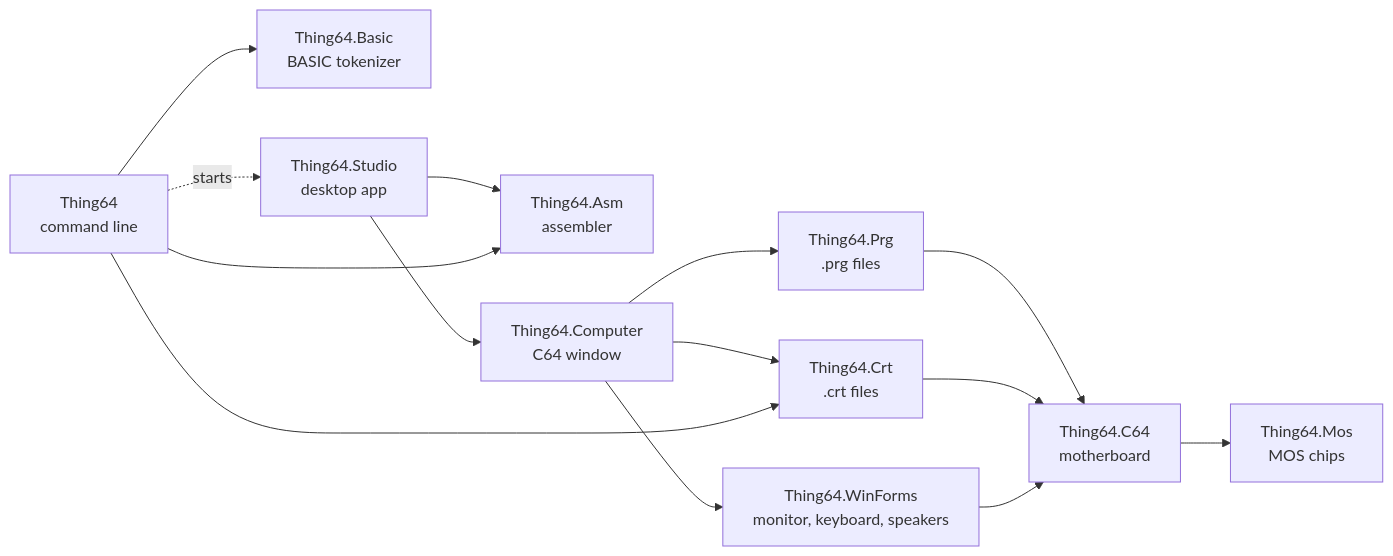
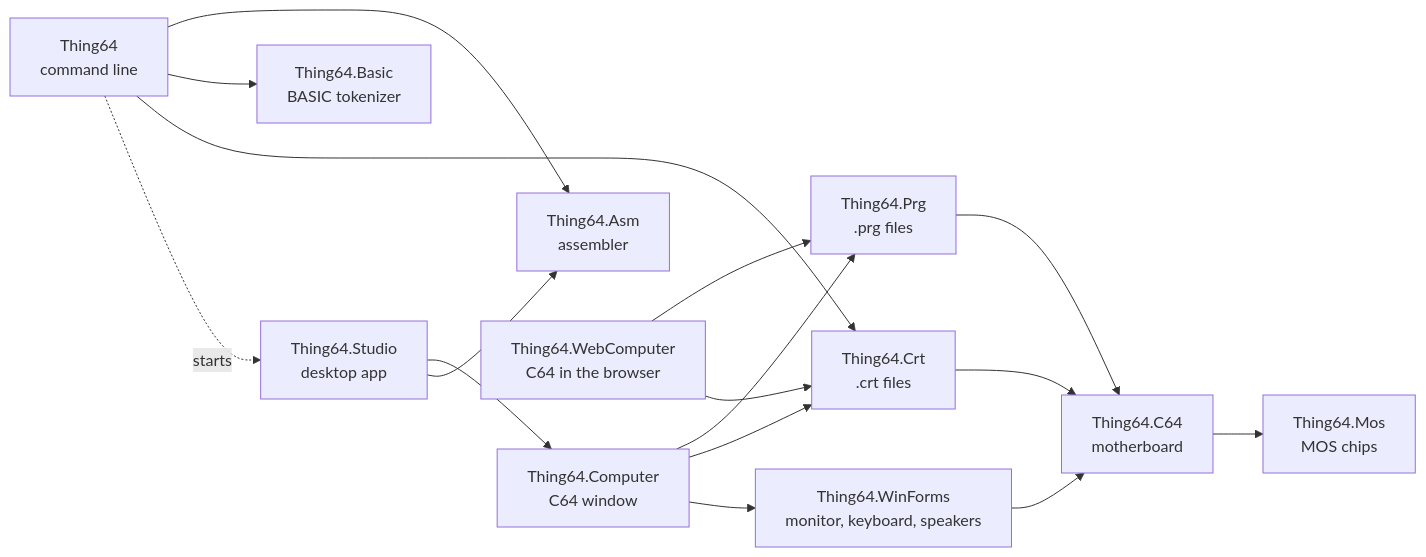
Before and after one commit to marcoparenzan/ThingRetro: the first of 2 diagrams in docs/ARCHITECTURE.md, drawn with Mermaid. The commit also changed other lines of this file and 15 other files, not shown here.

First line of the commit message:
Thing64.WebComputer: the C64 in the browser; solution moved to .slnx

````diff
--- a/docs/ARCHITECTURE.md
+++ b/docs/ARCHITECTURE.md
@@ -9,26 +9,29 @@
 ```mermaid
 flowchart LR
     Mos[Thing64.Mos<br/>MOS chips]
     C64[Thing64.C64<br/>motherboard]
     Prg[Thing64.Prg<br/>.prg files]
     Crt[Thing64.Crt<br/>.crt files]
     Asm[Thing64.Asm<br/>assembler]
     Basic[Thing64.Basic<br/>BASIC tokenizer]
     WinForms[Thing64.WinForms<br/>monitor, keyboard, speakers]
     Computer[Thing64.Computer<br/>C64 window]
     Studio[Thing64.Studio<br/>desktop app]
     Cli[Thing64<br/>command line]
     C64 --> Mos
     Prg --> C64
     Crt --> C64
     WinForms --> C64
     Computer --> Prg
     Computer --> Crt
     Computer --> WinForms
     Studio --> Computer
     Studio --> Asm
     Cli --> Asm
     Cli --> Basic
     Cli --> Crt
     Cli -. starts .-> Studio
+    Web[Thing64.WebComputer<br/>C64 in the browser]
+    Web --> Prg
+    Web --> Crt
 ```
````
